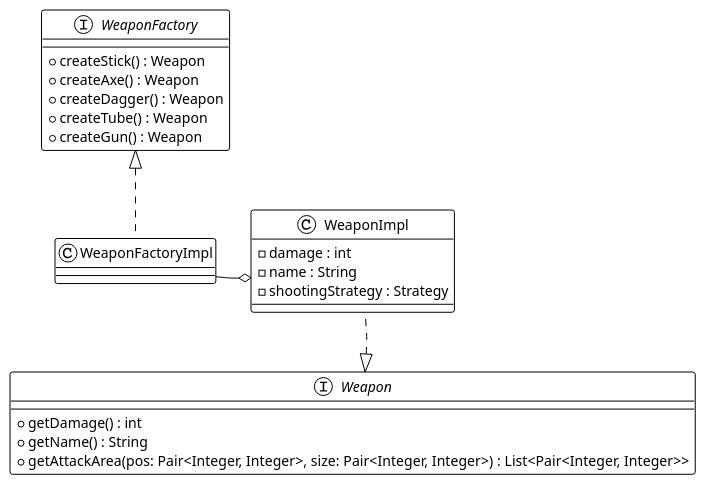
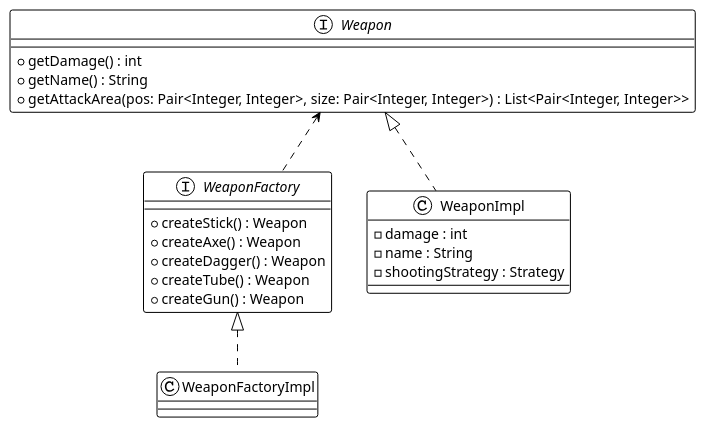
One commit to CrazyPingu/OOP21-MAP changed the second of 2 diagrams in plantuml/EnemyWeapon.plantuml. Above: the diagram before and after it, drawn with PlantUML. The commit also changed other lines of this file and 2 other files, not shown here.

Commit message:
update uml

```diff
--- a/plantuml/EnemyWeapon.plantuml
+++ b/plantuml/EnemyWeapon.plantuml
@@ -15,24 +14,22 @@
 @startuml Weapon
 !theme plain
 interface WeaponFactory {
     + createStick() : Weapon
     + createAxe() : Weapon
     + createDagger() : Weapon
     + createTube() : Weapon
     + createGun() : Weapon
 }
 class WeaponFactoryImpl implements WeaponFactory
 interface Weapon {
     + getDamage() : int
     + getName() : String
     + getAttackArea(pos: Pair<Integer, Integer>, size: Pair<Integer, Integer>) : List<Pair<Integer, Integer>>
 }
 class WeaponImpl implements Weapon {
     - damage : int
     - name : String
     - shootingStrategy : Strategy
 }
-WeaponFactoryImpl -o WeaponImpl
-WeaponFactoryImpl -down[hidden] WeaponImpl
-WeaponImpl --down[hidden] Weapon
+WeaponFactory .up.> Weapon
 @enduml
```
